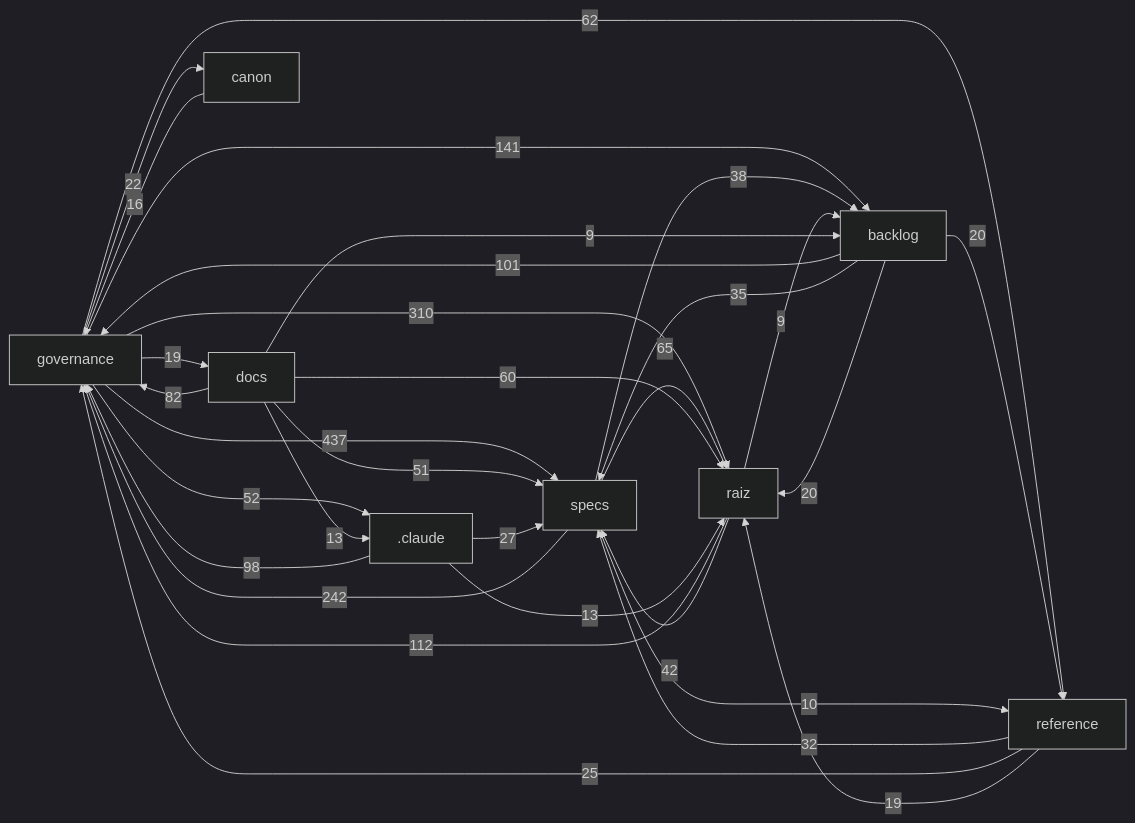
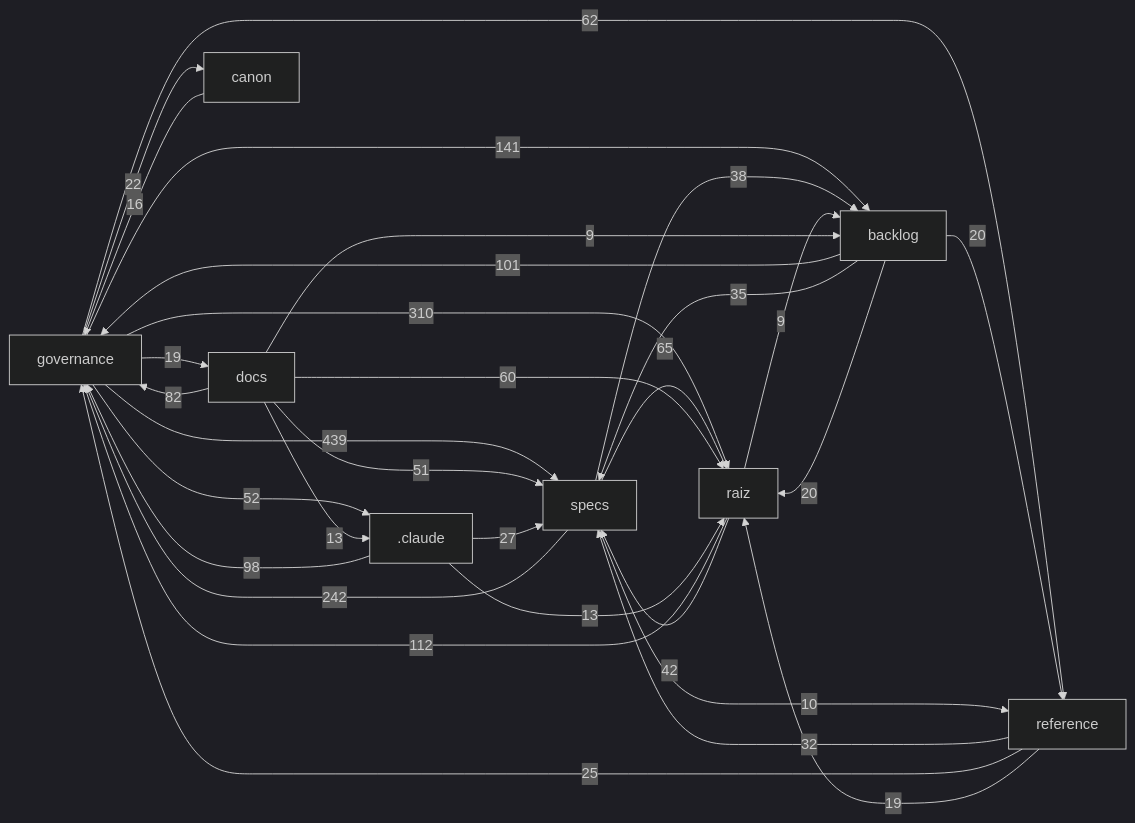
The diagram in docs/mapa/MAPA-PROJETO.md (Andraus35/Sistema-Operacional-de-Trading--SOT), drawn with Mermaid (dark theme) before and after one commit. The commit also changed other lines of this file and 7 other files, not shown here.

First line of the commit message:
DHR-AUDITOR-EXTERNO-016: leva ao gate do Revisor os itens que faltavam dos subagentes antigos (pipeline entre schemas, checklist das specs de 1ª geração)

````diff
--- a/docs/mapa/MAPA-PROJETO.md
+++ b/docs/mapa/MAPA-PROJETO.md
@@ -29,33 +29,33 @@
 ```mermaid
 flowchart LR
-  governance["governance"] -->|437| specs["specs"]
+  governance["governance"] -->|439| specs["specs"]
   governance["governance"] -->|310| raiz["raiz"]
   specs["specs"] -->|242| governance["governance"]
   governance["governance"] -->|141| backlog["backlog"]
   raiz["raiz"] -->|112| governance["governance"]
   backlog["backlog"] -->|101| governance["governance"]
   _claude[".claude"] -->|98| governance["governance"]
   docs["docs"] -->|82| governance["governance"]
   specs["specs"] -->|65| raiz["raiz"]
   governance["governance"] -->|62| reference["reference"]
   docs["docs"] -->|60| raiz["raiz"]
   governance["governance"] -->|52| _claude[".claude"]
   docs["docs"] -->|51| specs["specs"]
   raiz["raiz"] -->|42| specs["specs"]
   specs["specs"] -->|38| backlog["backlog"]
   backlog["backlog"] -->|35| specs["specs"]
   reference["reference"] -->|32| specs["specs"]
   _claude[".claude"] -->|27| specs["specs"]
   reference["reference"] -->|25| governance["governance"]
   governance["governance"] -->|22| canon["canon"]
   backlog["backlog"] -->|20| raiz["raiz"]
   backlog["backlog"] -->|20| reference["reference"]
   governance["governance"] -->|19| docs["docs"]
   reference["reference"] -->|19| raiz["raiz"]
   canon["canon"] -->|16| governance["governance"]
   _claude[".claude"] -->|13| raiz["raiz"]
   docs["docs"] -->|13| _claude[".claude"]
   specs["specs"] -->|10| reference["reference"]
   raiz["raiz"] -->|9| backlog["backlog"]
   docs["docs"] -->|9| backlog["backlog"]
 ```
````
